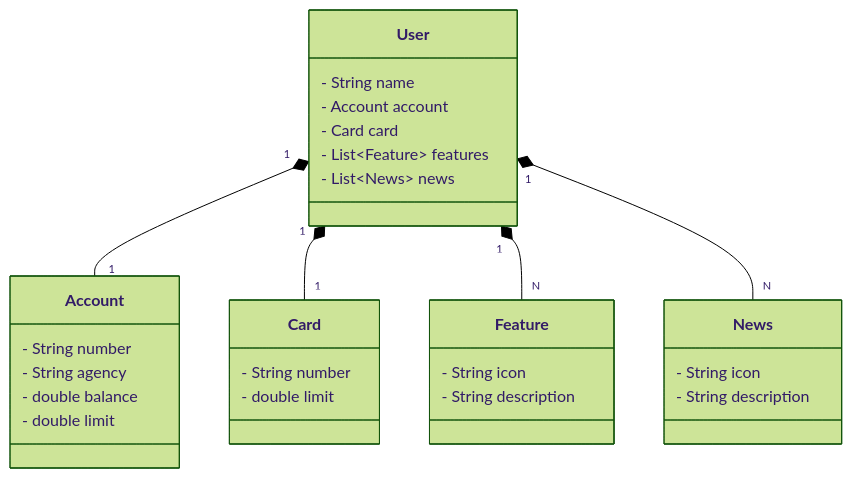
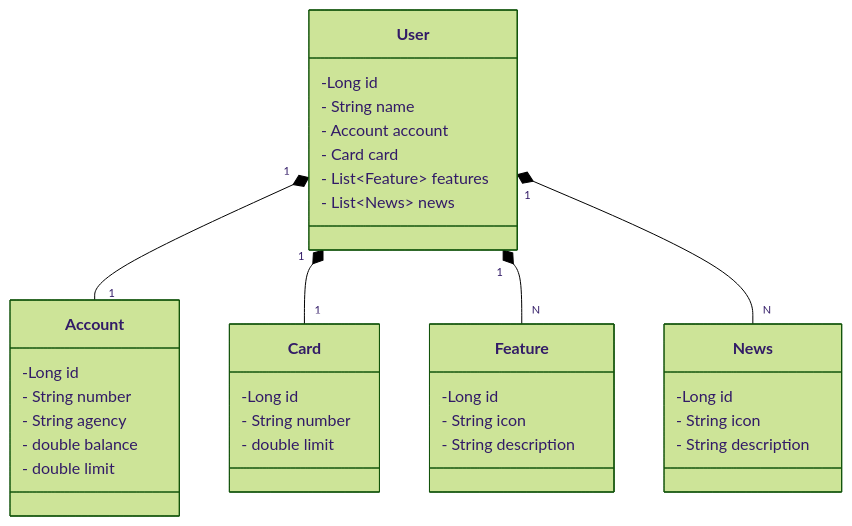
One commit to Soueu01games/api-rest changed the diagram in README.md. Above: the diagram before and after it, drawn with Mermaid (forest theme). The commit also changed 5 other files, not shown here.

````diff
--- a/README.md
+++ b/README.md
@@ -4,37 +4,42 @@
 ```mermaid
 classDiagram
     class User {
+        -Long id
         - String name
         - Account account
         - Card card
         - List~Feature~ features
         - List~News~ news
     }
 
     class Account {
+        -Long id
         - String number
         - String agency
         - double balance
         - double limit
     }
 
     class Feature {
+        -Long id
         - String icon
         - String description
     }
 
     class Card {
+        -Long id
         - String number
         - double limit
     }
 
     class News {
+        -Long id
         - String icon
         - String description
     }
 
     User  "1" *--  "1" Account
     User  "1" *--  "1"Card
     User  "1" *--  "N" Feature
     User  "1" *--  "N" News
 ```
````
